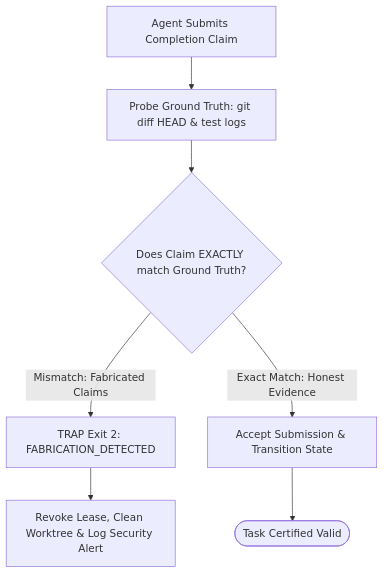
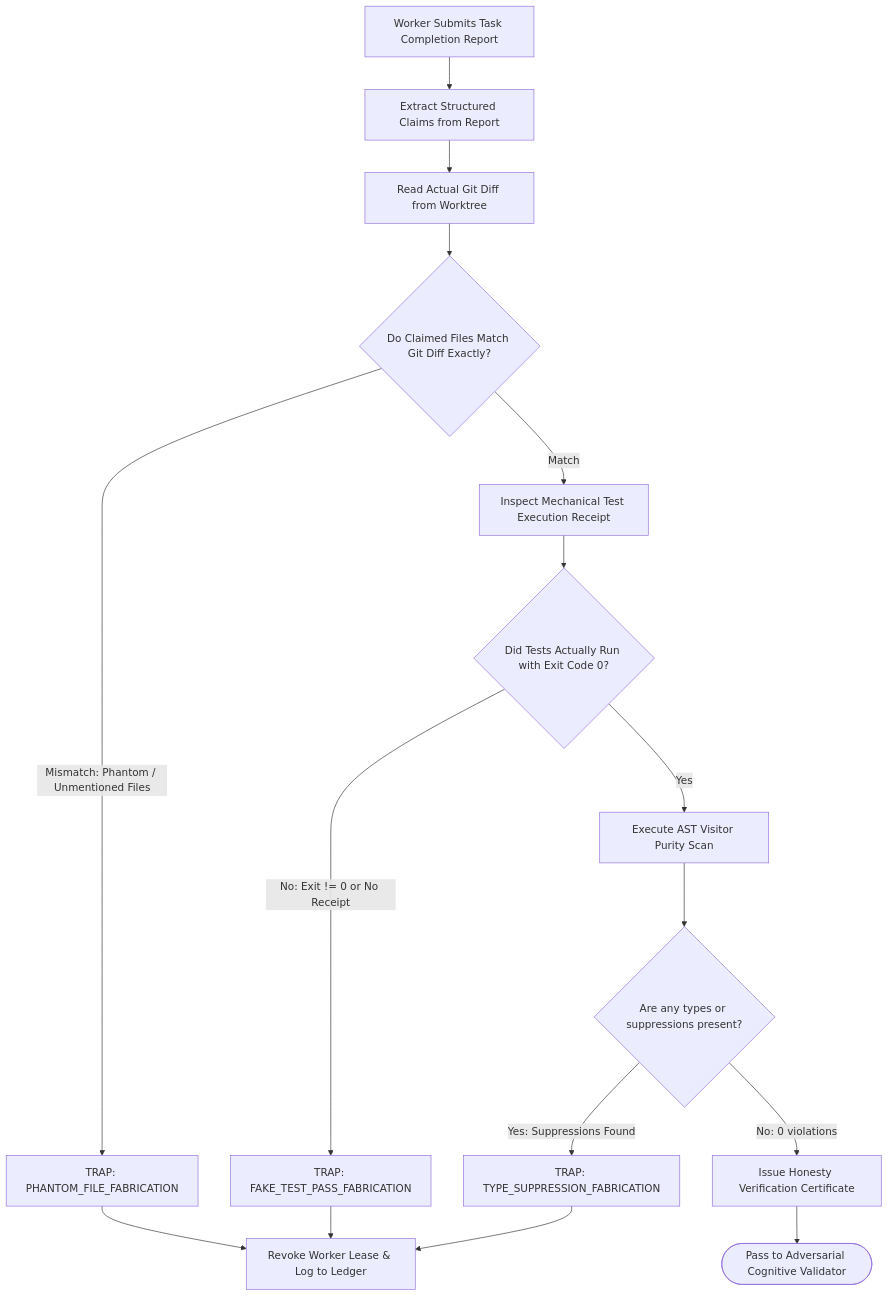
One commit to onurseckin/skills changed the diagram in docs/olt/architecture/11-worktree-branching-honesty/11-03-honesty-gates-and-anti-fabrication.md. Above: the diagram before and after it, drawn with Mermaid. The commit also changed other lines of this file and 83 other files, not shown here.

````diff
--- a/docs/olt/architecture/11-worktree-branching-honesty/11-03-honesty-gates-and-anti-fabrication.md
+++ b/docs/olt/architecture/11-worktree-branching-honesty/11-03-honesty-gates-and-anti-fabrication.md
@@ -49,11 +89,23 @@
 ```mermaid
 flowchart TD
-    Claim[Agent Submits Completion Claim] --> DiskProbe[Probe Ground Truth: git diff HEAD & test logs]
-    DiskProbe --> Compare{Does Claim EXACTLY match Ground Truth?}
+    Submit[Worker Submits Task Completion Report] --> ParseClaim[Extract Structured Claims from Report]
+    ParseClaim --> ObserveGit[Read Actual Git Diff from Worktree]
+    ObserveGit --> CompareFiles{Do Claimed Files Match Git Diff Exactly?}
 
-    Compare -->|Mismatch: Fabricated Claims| TrapFabrication[TRAP Exit 2: FABRICATION_DETECTED]
-    TrapFabrication --> RevokeLease[Revoke Lease, Clean Worktree & Log Security Alert]
+    CompareFiles -->|Mismatch: Phantom / Unmentioned Files| Trap1[TRAP: PHANTOM_FILE_FABRICATION]
+    CompareFiles -->|Match| ReadTestReceipt[Inspect Mechanical Test Execution Receipt]
 
-    Compare -->|Exact Match: Honest Evidence| PassGate[Accept Submission & Transition State]
-    PassGate --> CompletedState([Task Certified Valid])
+    ReadTestReceipt --> VerifyExit{Did Tests Actually Run with Exit Code 0?}
+    VerifyExit -->|No: Exit != 0 or No Receipt| Trap2[TRAP: FAKE_TEST_PASS_FABRICATION]
+    VerifyExit -->|Yes| ScanAST[Execute AST Visitor Purity Scan]
+
+    ScanAST --> CheckAST{Are any types or suppressions present?}
+    CheckAST -->|Yes: Suppressions Found| Trap3[TRAP: TYPE_SUPPRESSION_FABRICATION]
+    CheckAST -->|No: 0 violations| IssueReceipt[Issue Honesty Verification Certificate]
+
+    IssueReceipt --> NextGate([Pass to Adversarial Cognitive Validator])
+
+    Trap1 --> Revoke[Revoke Worker Lease & Log to Ledger]
+    Trap2 --> Revoke
+    Trap3 --> Revoke
 ```
````
